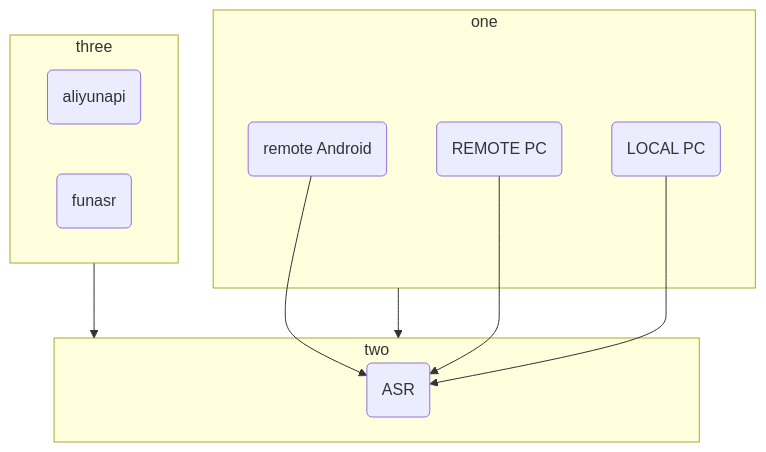
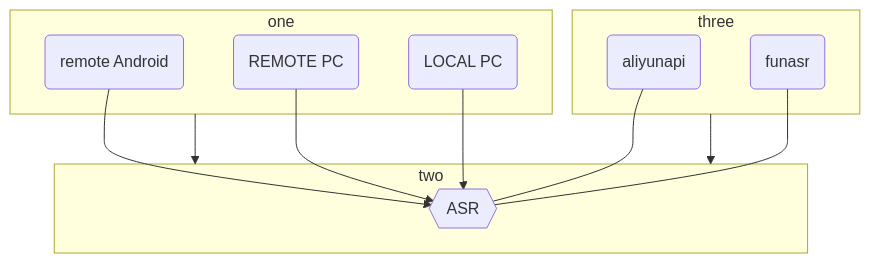
One commit to Luckyyaheen/testmd changed the first of 3 diagrams in README.md. Above: the diagram before and after it, drawn with Mermaid.

````diff
--- a/README.md
+++ b/README.md
@@ -2,28 +2,31 @@
 ```mermaid
 flowchart TB
 
     aa-->asr
     cc-->asr
     bb-->asr
+
+    aliyun---asr
+    funasr---asr
 
     subgraph one
     aa("remote Android")
     cc("REMOTE PC")
     bb("LOCAL PC")
     end
 
     subgraph two
-    asr("ASR")
+    asr{{"ASR"}}
     end
 
     subgraph three
     aliyun("aliyunapi")
     funasr("funasr")
   
     end
 
     one --> two
     three --> two
 
 
 ```
````
